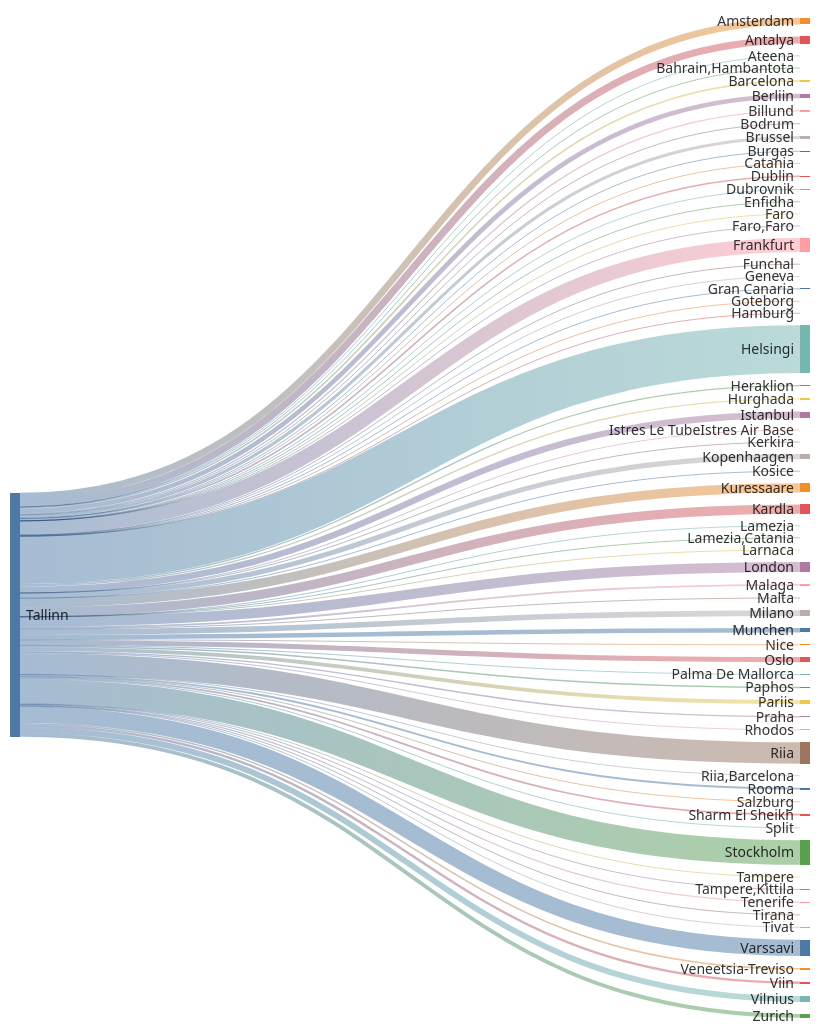
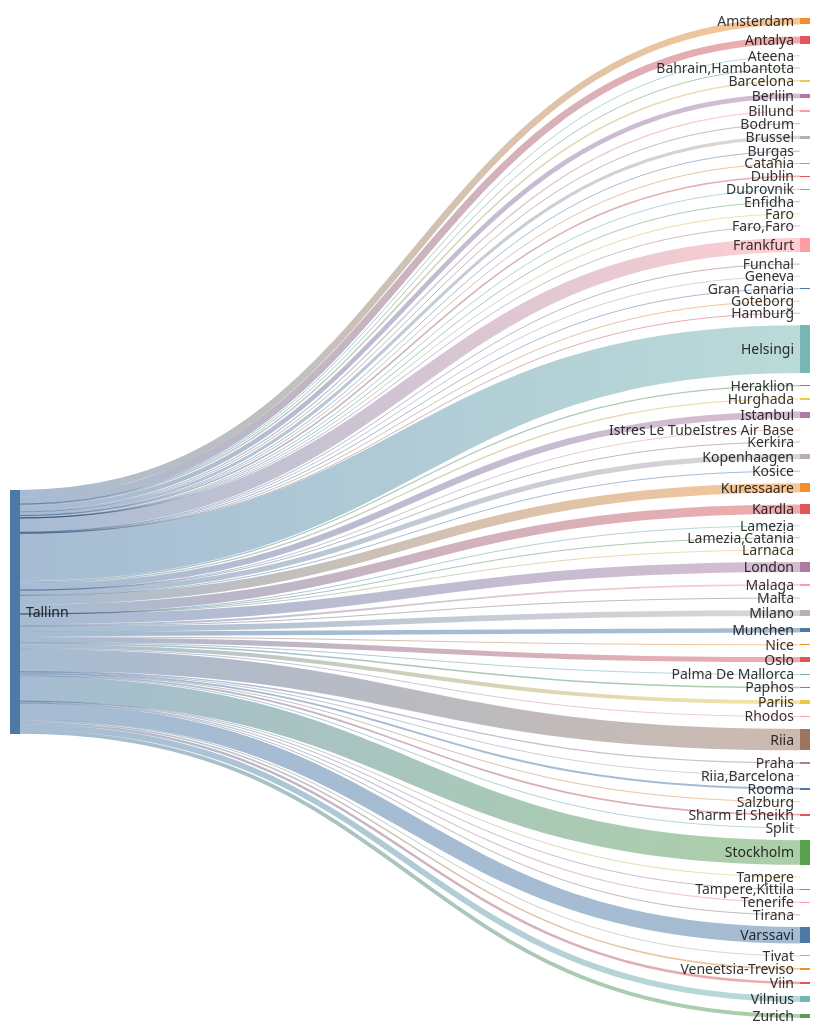
The second of 2 diagrams in README.md (rainermesi/tll-airport-departures), drawn with Mermaid before and after one commit. The commit also changed other lines of this file, not shown here.

````diff
--- a/README.md
+++ b/README.md
@@ -34,77 +34,77 @@
 ```mermaid
 ---
 config:
   sankey:
     showValues: false
     width: 800
     height: 1000
 ---
 sankey-beta
 %% source,target,value
-Tallinn,Amsterdam,248
+Tallinn,Amsterdam,249
 Tallinn,Antalya,268
 Tallinn,Ateena,16
 Tallinn,"Bahrain,Hambantota",1
 Tallinn,Barcelona,59
 Tallinn,Berliin,173
 Tallinn,Billund,49
 Tallinn,Bodrum,11
-Tallinn,Brussel,113
+Tallinn,Brussel,114
 Tallinn,Burgas,21
 Tallinn,Catania,2
 Tallinn,Dublin,58
 Tallinn,Dubrovnik,21
 Tallinn,Enfidha,7
 Tallinn,Faro,4
 Tallinn,"Faro,Faro",1
-Tallinn,Frankfurt,526
+Tallinn,Frankfurt,528
 Tallinn,Funchal,5
 Tallinn,Geneva,8
-Tallinn,Gran Canaria,28
+Tallinn,Gran Canaria,29
 Tallinn,Goteborg,1
 Tallinn,Hamburg,1
-Tallinn,Helsingi,1782
+Tallinn,Helsingi,1791
 Tallinn,Heraklion,46
 Tallinn,Hurghada,49
-Tallinn,Istanbul,236
+Tallinn,Istanbul,237
 Tallinn,Istres Le TubeIstres Air Base,2
 Tallinn,Kerkira,4
-Tallinn,Kopenhaagen,190
+Tallinn,Kopenhaagen,191
 Tallinn,Kosice,1
-Tallinn,Kuressaare,345
-Tallinn,Kardla,345
+Tallinn,Kuressaare,347
+Tallinn,Kardla,347
 Tallinn,Lamezia,1
 Tallinn,"Lamezia,Catania",3
 Tallinn,Larnaca,4
-Tallinn,London,371
+Tallinn,London,373
 Tallinn,Malaga,70
 Tallinn,Malta,15
-Tallinn,Milano,212
-Tallinn,Munchen,169
+Tallinn,Milano,213
+Tallinn,Munchen,170
 Tallinn,Nice,25
 Tallinn,Oslo,192
 Tallinn,Palma De Mallorca,19
 Tallinn,Paphos,56
 Tallinn,Pariis,144
 Tallinn,Praha,49
 Tallinn,Rhodos,32
-Tallinn,Riia,797
+Tallinn,Riia,801
 Tallinn,"Riia,Barcelona",1
-Tallinn,Rooma,70
+Tallinn,Rooma,71
 Tallinn,Salzburg,9
-Tallinn,Sharm El Sheikh,64
+Tallinn,Sharm El Sheikh,65
 Tallinn,Split,25
-Tallinn,Stockholm,917
+Tallinn,Stockholm,919
 Tallinn,Tampere,17
 Tallinn,"Tampere,Kittila",12
-Tallinn,Tenerife,43
+Tallinn,Tenerife,44
 Tallinn,Tirana,8
 Tallinn,Tivat,26
-Tallinn,Varssavi,613
+Tallinn,Varssavi,616
 Tallinn,Veneetsia-Treviso,57
 Tallinn,Viin,91
-Tallinn,Vilnius,218
+Tallinn,Vilnius,219
 Tallinn,Zurich,144
 
 
 ```
````
